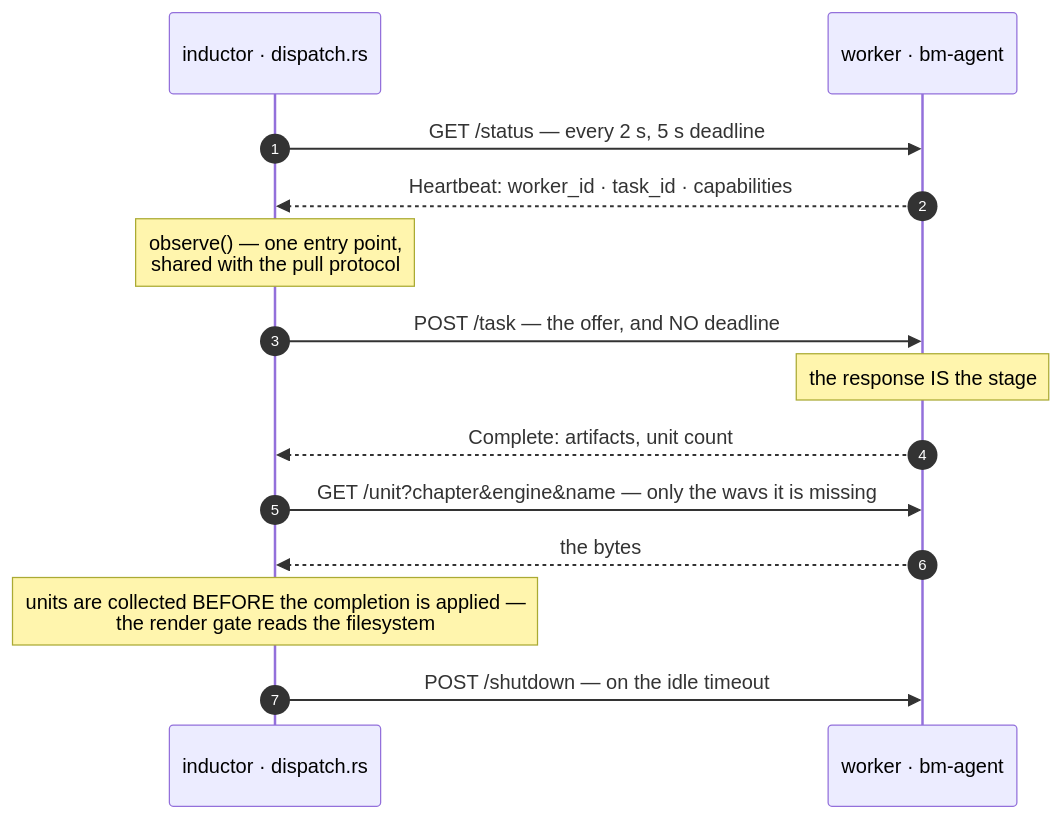
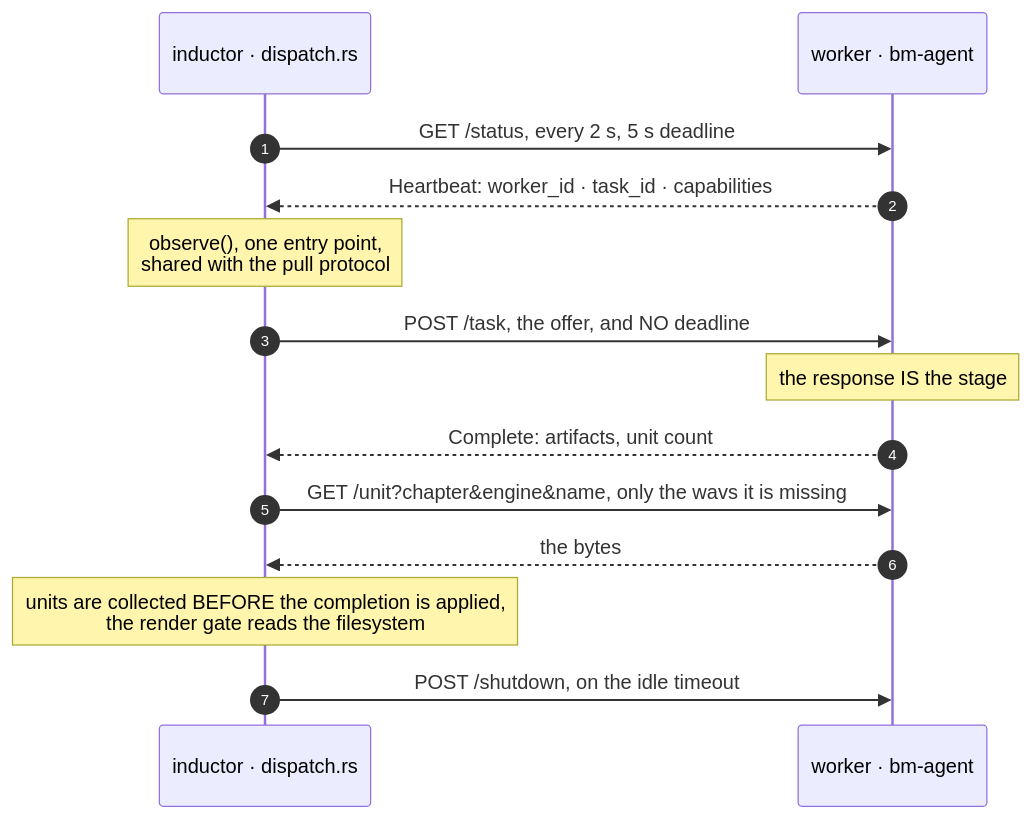
The fifth of 7 diagrams in docs/ARCHITECTURE.md (lhuthng/storycast), drawn with Mermaid before and after one commit. The commit also changed other lines of this file and 8 other files, not shown here.

````diff
--- a/docs/ARCHITECTURE.md
+++ b/docs/ARCHITECTURE.md
@@ -1107,16 +1078,16 @@
 ```mermaid
 sequenceDiagram
     autonumber
     participant I as inductor · dispatch.rs
     participant W as worker · bm-agent
-    I->>W: GET /status — every 2 s, 5 s deadline
+    I->>W: GET /status, every 2 s, 5 s deadline
     W-->>I: Heartbeat: worker_id · task_id · capabilities
-    Note over I: observe() — one entry point,<br/>shared with the pull protocol
-    I->>W: POST /task — the offer, and NO deadline
+    Note over I: observe(), one entry point,<br/>shared with the pull protocol
+    I->>W: POST /task, the offer, and NO deadline
     Note over W: the response IS the stage
     W-->>I: Complete: artifacts, unit count
-    I->>W: GET /unit?chapter&engine&name — only the wavs it is missing
+    I->>W: GET /unit?chapter&engine&name, only the wavs it is missing
     W-->>I: the bytes
-    Note over I: units are collected BEFORE the completion is applied —<br/>the render gate reads the filesystem
-    I->>W: POST /shutdown — on the idle timeout
+    Note over I: units are collected BEFORE the completion is applied,<br/>the render gate reads the filesystem
+    I->>W: POST /shutdown, on the idle timeout
 ```
````
